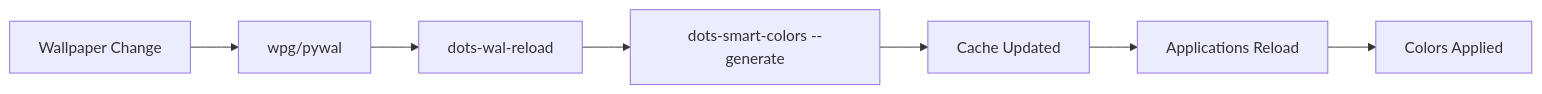
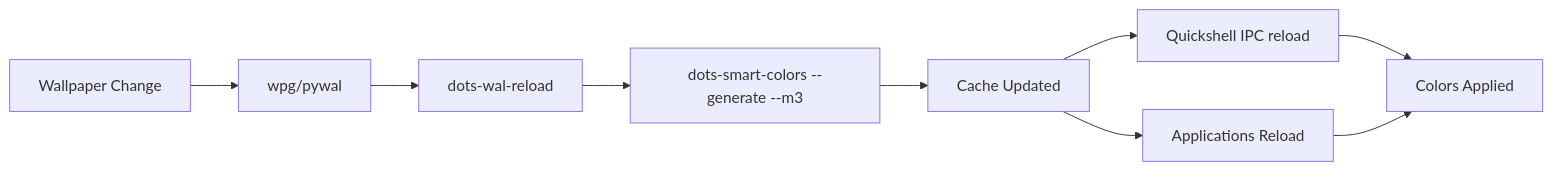
Before and after one commit to ulises-jeremias/dotfiles: the first of 2 diagrams in docs/wiki/Smart-Colors-System.md, drawn with Mermaid. The commit also changed other lines of this file and 476 other files, not shown here.

````diff
--- a/docs/wiki/Smart-Colors-System.md
+++ b/docs/wiki/Smart-Colors-System.md
@@ -266,9 +267,11 @@
 ```mermaid
 graph LR
     A[Wallpaper Change] --> B[wpg/pywal]
     B --> C[dots-wal-reload]
-    C --> D[dots-smart-colors --generate]
+    C --> D[dots-smart-colors --generate --m3]
     D --> E[Cache Updated]
+    E --> E2[Quickshell IPC reload]
+    E2 --> G[Colors Applied]
     E --> F[Applications Reload]
-    F --> G[Colors Applied]
+    F --> G
 ```
````
